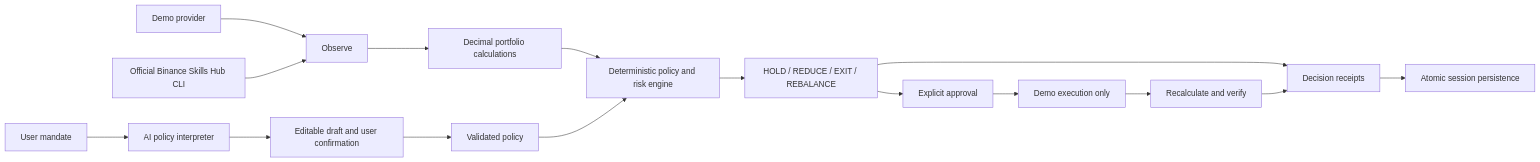
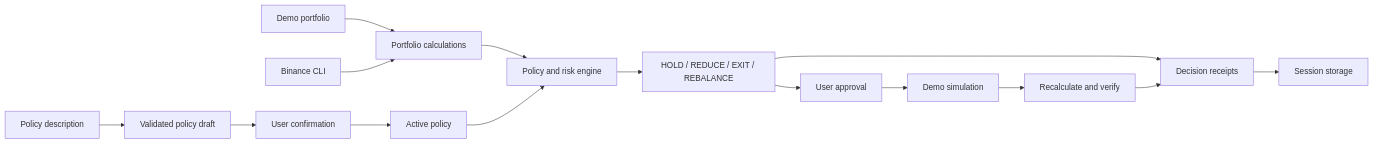
One commit to 0xnald/wardyn changed the diagram in README.md. Above: the diagram before and after it, drawn with Mermaid. The commit also changed other lines of this file, not shown here.

Commit message:
docs: focus README on project usage and architecture

````diff
--- a/README.md
+++ b/README.md
@@ -89,18 +144,17 @@
 ```mermaid
 flowchart LR
-    Demo[Demo provider] --> Observe
-    CLI[Official Binance Skills Hub CLI] --> Observe
-    Observe --> Portfolio[Decimal portfolio calculations]
-    Mandate[User mandate] --> AI[AI policy interpreter]
-    AI --> Review[Editable draft and user confirmation]
-    Review --> Policy[Validated policy]
-    Portfolio --> Rules[Deterministic policy and risk engine]
-    Policy --> Rules
-    Rules --> Decision[HOLD / REDUCE / EXIT / REBALANCE]
-    Decision --> Approval[Explicit approval]
-    Approval --> Sim[Demo execution only]
-    Sim --> Verify[Recalculate and verify]
-    Decision --> Receipts[Decision receipts]
+    Demo[Demo portfolio] --> Portfolio[Portfolio calculations]
+    Binance[Binance CLI] --> Portfolio
+    Intent[Policy description] --> Draft[Validated policy draft]
+    Draft --> Confirm[User confirmation]
+    Confirm --> Policy[Active policy]
+    Portfolio --> Engine[Policy and risk engine]
+    Policy --> Engine
+    Engine --> Decisions[HOLD / REDUCE / EXIT / REBALANCE]
+    Decisions --> Receipts[Decision receipts]
+    Decisions --> Approval[User approval]
+    Approval --> Simulation[Demo simulation]
+    Simulation --> Verify[Recalculate and verify]
     Verify --> Receipts
-    Receipts --> Store[Atomic session persistence]
+    Receipts --> Storage[Session storage]
 ```
````
